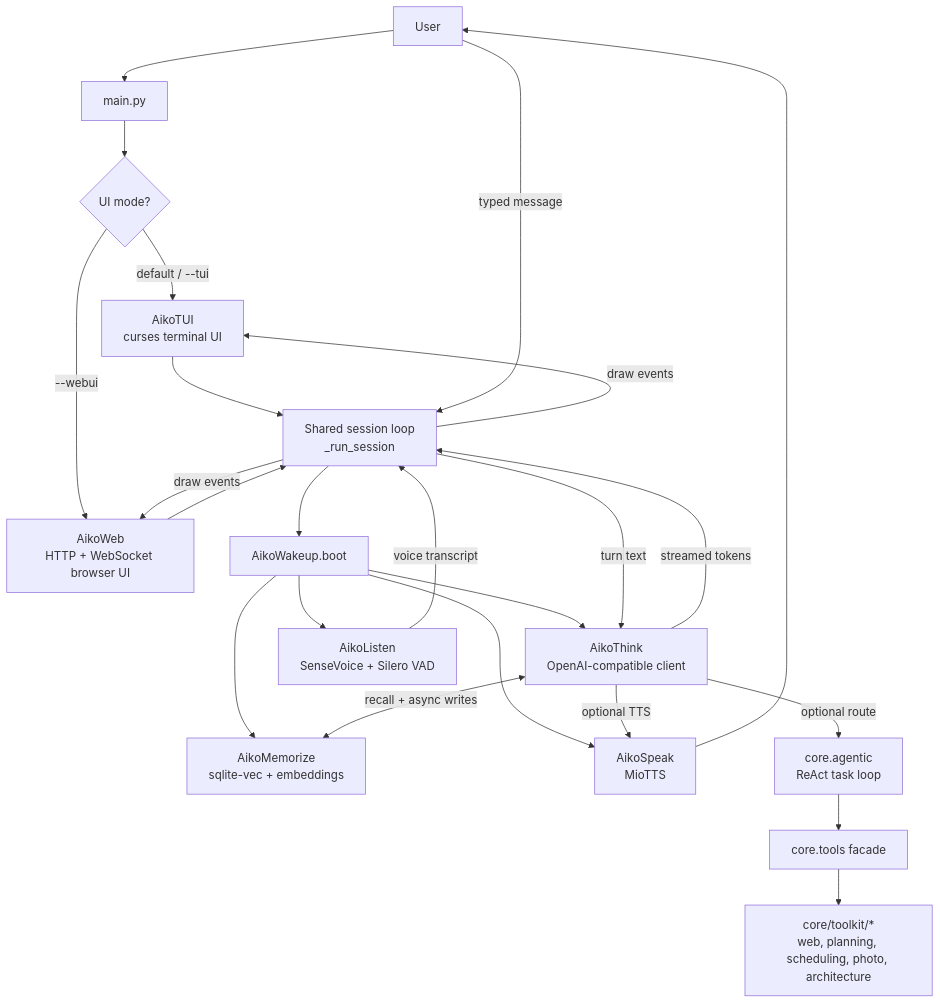
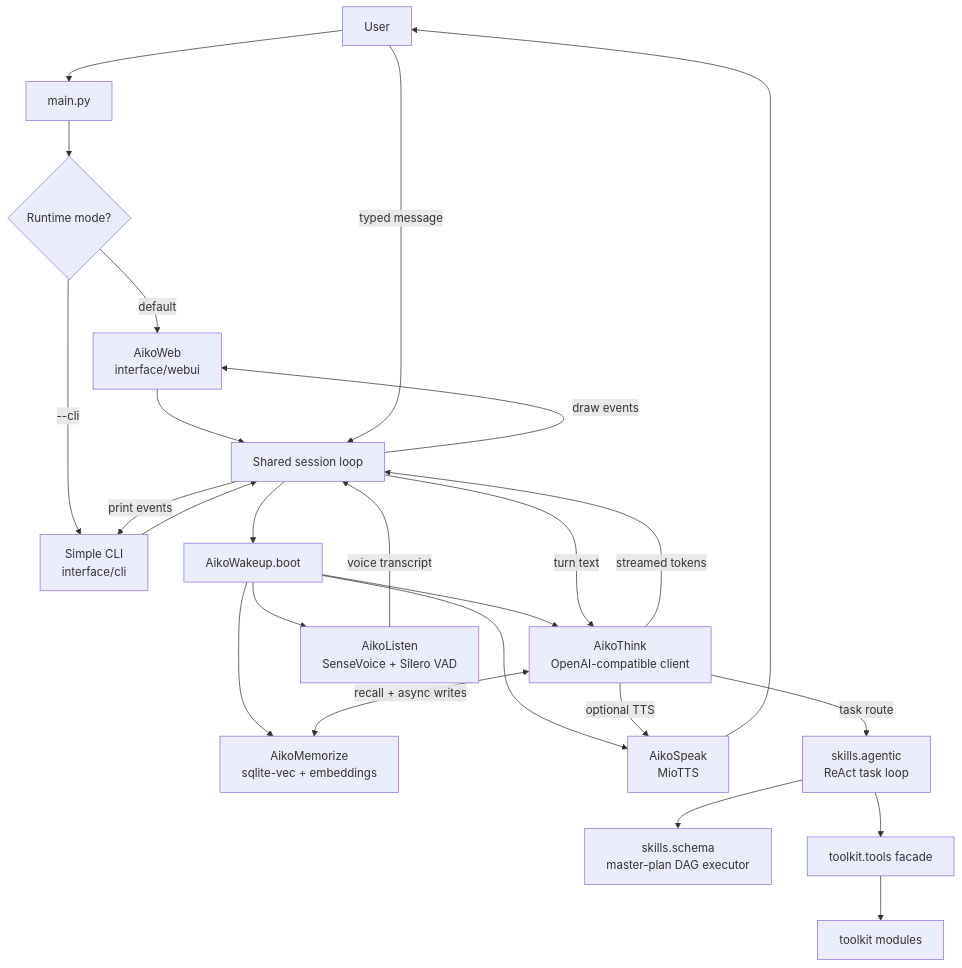
Before and after one commit to OppaAI/Aiko-chan: the first of 5 diagrams in docs/ARCHITECTURE.md, drawn with Mermaid. The commit also changed other lines of this file and 13 other files, not shown here.

Commit message:
Update agentic architecture docs and schema module

````diff
--- a/docs/ARCHITECTURE.md
+++ b/docs/ARCHITECTURE.md
@@ -39,29 +41,30 @@
 ```mermaid
 flowchart TD
     User[User] --> Entry[main.py]
-    Entry --> Choice{UI mode?}
-    Choice -->|default / --tui| TUI[AikoTUI\ncurses terminal UI]
-    Choice -->|--webui| WebUI[AikoWeb\nHTTP + WebSocket browser UI]
+    Entry --> Choice{Runtime mode?}
+    Choice -->|default| WebUI[AikoWeb\ninterface/webui]
+    Choice -->|--cli| CLI[Simple CLI\ninterface/cli]
 
-    WebUI --> Session[Shared session loop\n_run_session]
-    TUI --> Session
+    WebUI --> Session[Shared session loop]
+    CLI --> Session
 
     Session --> Wakeup[AikoWakeup.boot]
     Wakeup --> Think[AikoThink\nOpenAI-compatible client]
     Wakeup --> Memory[AikoMemorize\nsqlite-vec + embeddings]
     Wakeup --> Speak[AikoSpeak\nMioTTS]
     Wakeup --> Listen[AikoListen\nSenseVoice + Silero VAD]
 
     Listen -->|voice transcript| Session
     User -->|typed message| Session
     Session -->|turn text| Think
     Think <-->|recall + async writes| Memory
-    Think -->|optional route| Agentic[core.agentic\nReAct task loop]
-    Agentic --> Tools[core.tools facade]
-    Tools --> Toolkit[core/toolkit/*\nweb, planning, scheduling, photo, architecture]
+    Think -->|task route| Agentic[skills.agentic\nReAct task loop]
+    Agentic --> Schema[skills.schema\nmaster-plan DAG executor]
+    Agentic --> Tools[toolkit.tools facade]
+    Tools --> Toolkit[toolkit modules]
     Think -->|streamed tokens| Session
     Session -->|draw events| WebUI
-    Session -->|draw events| TUI
+    Session -->|print events| CLI
     Think -->|optional TTS| Speak
     Speak --> User
 ```
````
